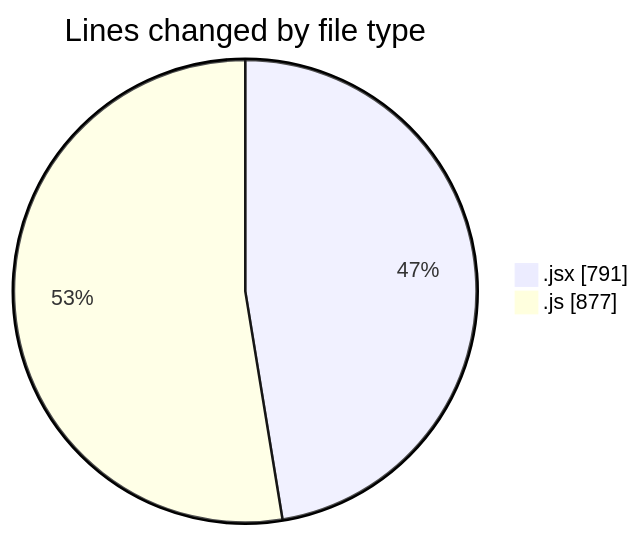
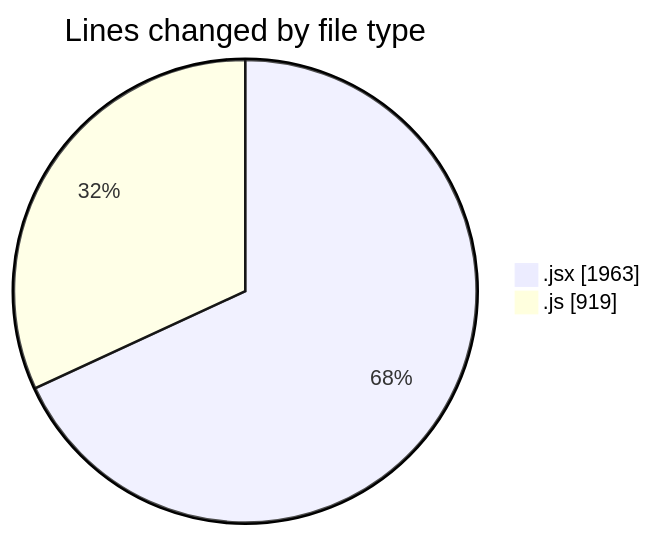
Before and after one commit to nxtqubesakshisongat/code-tracking: the first of 2 diagrams in 2025-09-10/nxtqube_webapp/README.md, drawn with Mermaid. The commit also changed other lines of this file and 1 other file, not shown here.

````diff
--- a/2025-09-10/nxtqube_webapp/README.md
+++ b/2025-09-10/nxtqube_webapp/README.md
@@ -21,6 +22,6 @@
 ```mermaid
 pie showData
 title Lines changed by file type
-".jsx" : 791
-".js" : 877
+".jsx" : 1963
+".js" : 919
 ```
````
